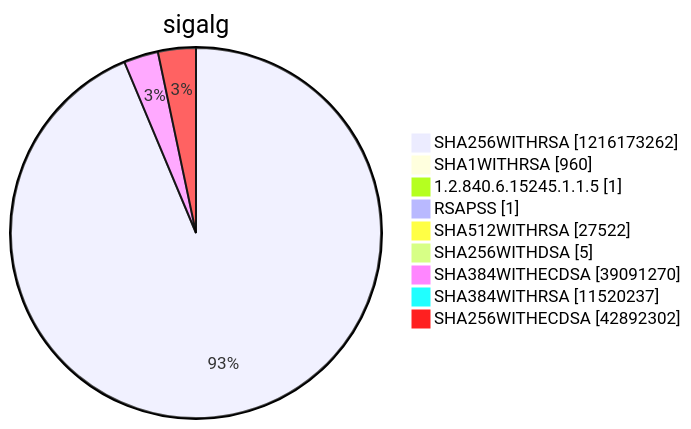
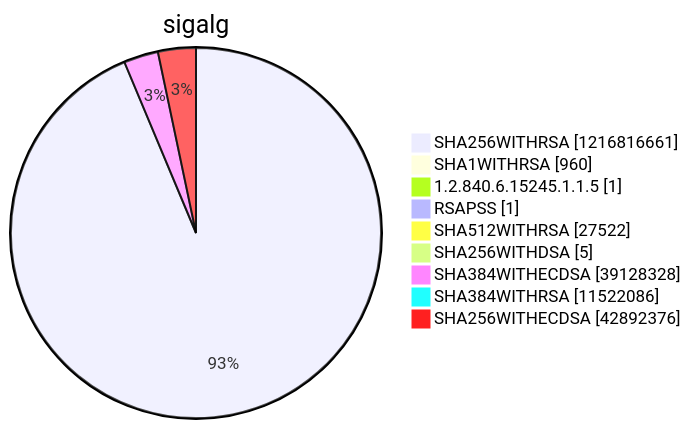
Diagram 15 of 15 in argon2022/README.md (christiankrug/ctmonitor_visualization), drawn with Mermaid before and after one commit. The commit also changed other lines of this file, not shown here.

````diff
--- a/argon2022/README.md
+++ b/argon2022/README.md
@@ -5521,13 +5521,13 @@
 ```mermaid
 pie showData
 title sigalg
-"SHA256WITHRSA" :1216173262
+"SHA256WITHRSA" :1216816661
 "SHA1WITHRSA" :960
 "1.2.840.6.15245.1.1.5" :1
 "RSAPSS" :1
 "SHA512WITHRSA" :27522
 "SHA256WITHDSA" :5
-"SHA384WITHECDSA" :39091270
-"SHA384WITHRSA" :11520237
-"SHA256WITHECDSA" :42892302
+"SHA384WITHECDSA" :39128328
+"SHA384WITHRSA" :11522086
+"SHA256WITHECDSA" :42892376
 ```
````
